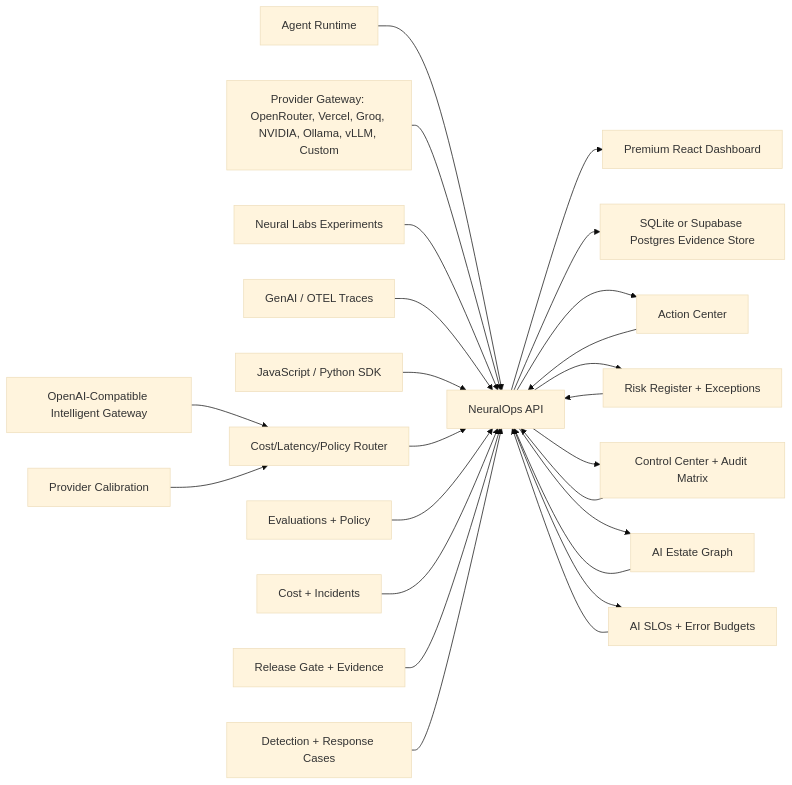
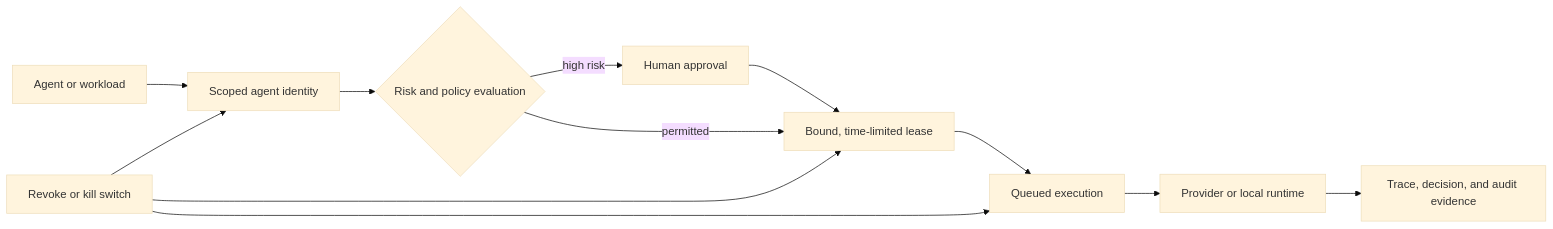
Before and after one commit to Gowrav-M/neuralops-platform: the diagram in README.md, drawn with Mermaid (base theme). The commit also changed other lines of this file and 37 other files, not shown here.

First line of the commit message:
release: finalize NeuralOps v1.0.0 for open source (#14)

````diff
--- a/README.md
+++ b/README.md
@@ -65,27 +37,14 @@
 ```mermaid
 flowchart LR
-  A["Agent Runtime"] --> F["NeuralOps API"]
-  B["Provider Gateway: OpenRouter, Vercel, Groq, NVIDIA, Ollama, vLLM, Custom"] --> F
-  C["Neural Labs Experiments"] --> F
-  D["GenAI / OTEL Traces"] --> F
-  K["JavaScript / Python SDK"] --> F
-  M["OpenAI-Compatible Intelligent Gateway"] --> N["Cost/Latency/Policy Router"]
-  Q["Provider Calibration"] --> N
-  N --> F
-  O["Action Center"] --> F
-  X["Risk Register + Exceptions"] --> F
-  Y["Control Center + Audit Matrix"] --> F
-  R["AI Estate Graph"] --> F
-  S["AI SLOs + Error Budgets"] --> F
-  E["Evaluations + Policy"] --> F
-  I["Cost + Incidents"] --> F
-  J["Release Gate + Evidence"] --> F
-  L["Detection + Response Cases"] --> F
-  F --> G["Premium React Dashboard"]
-  F --> H["SQLite or Supabase Postgres Evidence Store"]
-  F --> O
-  F --> X
-  F --> Y
-  F --> R
-  F --> S
+  A["Agent or workload"] --> B["Scoped agent identity"]
+  B --> C{"Risk and policy evaluation"}
+  C -->|"high risk"| D["Human approval"]
+  D --> E["Bound, time-limited lease"]
+  C -->|"permitted"| E
+  E --> F["Queued execution"]
+  F --> G["Provider or local runtime"]
+  G --> H["Trace, decision, and audit evidence"]
+  I["Revoke or kill switch"] --> B
+  I --> E
+  I --> F
 ```
````
